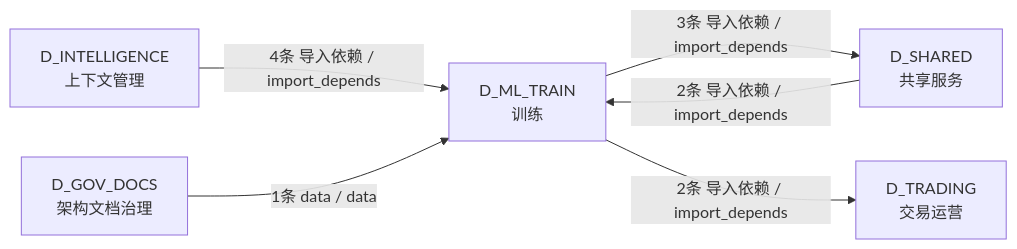
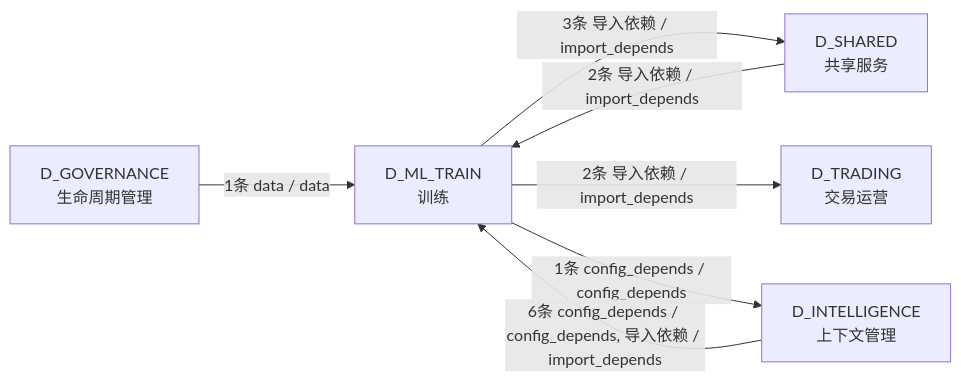
The fourth of 4 diagrams in docs/02_enterprise_architecture/02_domain_architecture_docs/48_d_ml_train.md (xuanFelixVan/ZephyrAlpha), drawn with Mermaid before and after one commit. The commit also changed other lines of this file and 112 other files, not shown here.

````diff
--- a/docs/02_enterprise_architecture/02_domain_architecture_docs/48_d_ml_train.md
+++ b/docs/02_enterprise_architecture/02_domain_architecture_docs/48_d_ml_train.md
@@ -226,13 +210,14 @@
 ```mermaid
 graph LR
     D_ML_TRAIN["D_ML_TRAIN<br/>训练"]
     D_SHARED["D_SHARED<br/>共享服务"]
     D_TRADING["D_TRADING<br/>交易运营"]
     D_INTELLIGENCE["D_INTELLIGENCE<br/>上下文管理"]
-    D_GOV_DOCS["D_GOV_DOCS<br/>架构文档治理"]
+    D_GOVERNANCE["D_GOVERNANCE<br/>生命周期管理"]
     D_ML_TRAIN -->|3条 导入依赖 / import_depends| D_SHARED
     D_ML_TRAIN -->|2条 导入依赖 / import_depends| D_TRADING
-    D_INTELLIGENCE -->|4条 导入依赖 / import_depends| D_ML_TRAIN
+    D_ML_TRAIN -->|1条 config_depends / config_depends| D_INTELLIGENCE
+    D_INTELLIGENCE -->|6条 config_depends / config_depends, 导入依赖 / import_depends| D_ML_TRAIN
     D_SHARED -->|2条 导入依赖 / import_depends| D_ML_TRAIN
-    D_GOV_DOCS -->|1条 data / data| D_ML_TRAIN
+    D_GOVERNANCE -->|1条 data / data| D_ML_TRAIN
 ```
````
